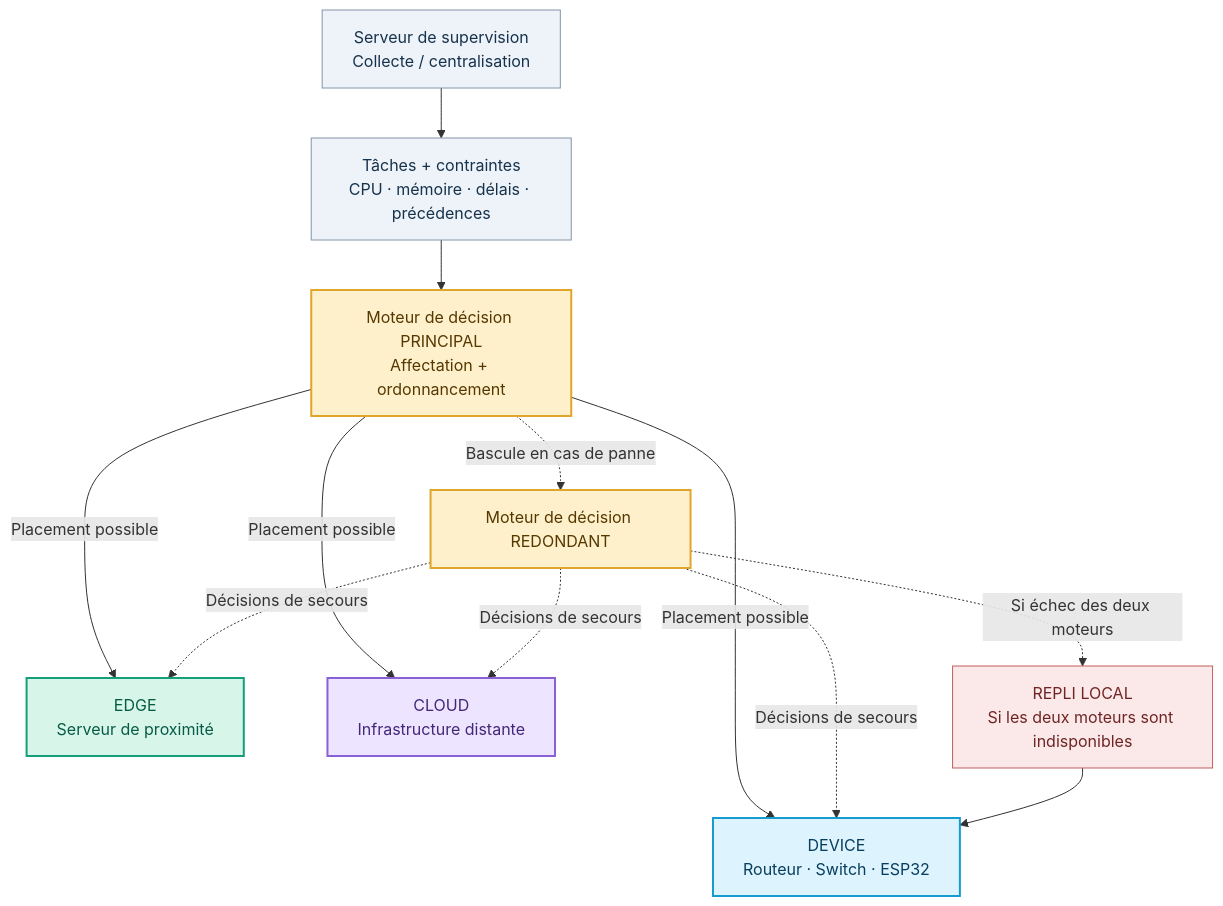
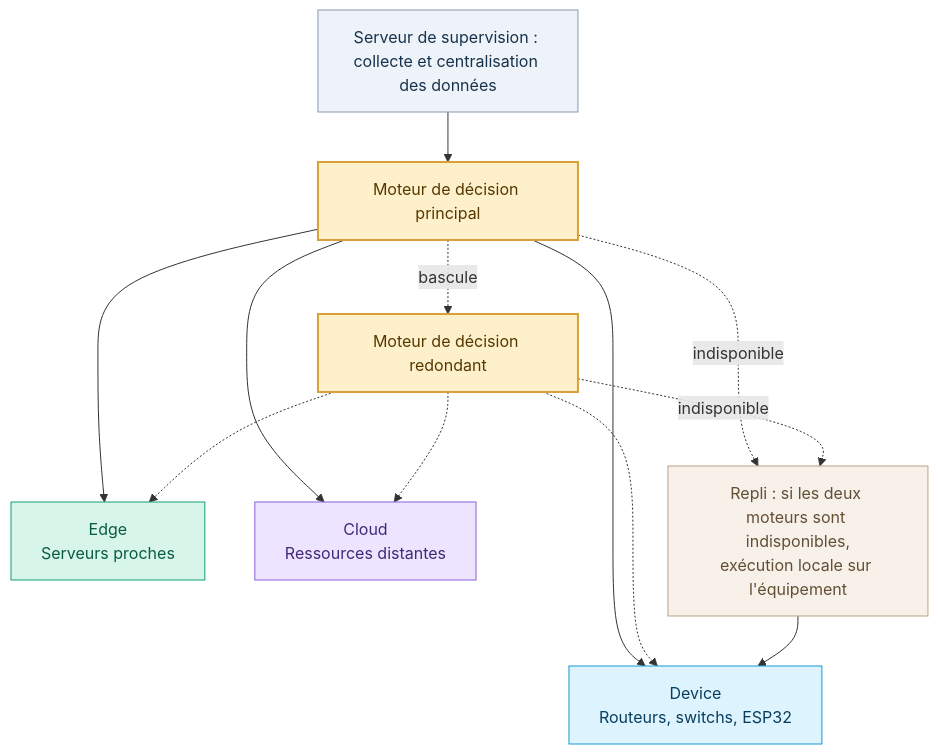
Before and after one commit to ilyes-rhdi/RO_IOT: the third of 15 diagrams in README.md, drawn with Mermaid. The commit also changed other lines of this file, not shown here.

````diff
--- a/README.md
+++ b/README.md
@@ -154,37 +164,30 @@
 ```mermaid
 flowchart TB
-    T["Tâches + contraintes<br/>CPU · mémoire · délais · précédences"]
-    SUP["Serveur de supervision<br/>Collecte / centralisation"]
-    M["Moteur de décision PRINCIPAL<br/>Affectation + ordonnancement"]
-    B["Moteur de décision REDONDANT"]
+    S["Serveur de supervision : collecte et centralisation des données"]
+    M["Moteur de décision principal"]
+    R["Moteur de décision redondant"]
+    D["Device<br/>Routeurs, switchs, ESP32"]
+    E["Edge<br/>Serveurs proches"]
+    C["Cloud<br/>Ressources distantes"]
+    X["Repli : si les deux moteurs sont indisponibles,<br/>exécution locale sur l'équipement"]
 
-    D["DEVICE<br/>Routeur · Switch · ESP32"]
-    E["EDGE<br/>Serveur de proximité"]
-    C["CLOUD<br/>Infrastructure distante"]
-    F["REPLI LOCAL<br/>Si les deux moteurs sont indisponibles"]
+    S --> M
+    M -. "bascule" .-> R
+    M --> D
+    M --> E
+    M --> C
+    R -.-> D
+    R -.-> E
+    R -.-> C
+    M -. "indisponible" .-> X
+    R -. "indisponible" .-> X
+    X --> D
 
-    SUP --> T
-    T --> M
-    M -. "Bascule en cas de panne" .-> B
-    M -->|"Placement possible"| D
-    M -->|"Placement possible"| E
-    M -->|"Placement possible"| C
-    B -. "Décisions de secours" .-> D
-    B -. "Décisions de secours" .-> E
-    B -. "Décisions de secours" .-> C
-    B -. "Si échec des deux moteurs" .-> F
-    F --> D
-
-    classDef io fill:#EDF3F8,stroke:#8495A8,color:#17324D;
-    classDef opt fill:#FFF0CC,stroke:#E0A52B,color:#553800,stroke-width:2px;
-    classDef device fill:#DDF4FF,stroke:#159BD0,color:#083E5D,stroke-width:2px;
-    classDef edge fill:#D8F5EA,stroke:#149E79,color:#075B45,stroke-width:2px;
-    classDef cloud fill:#EDE5FF,stroke:#8960D5,color:#432779,stroke-width:2px;
-    classDef fallback fill:#FBE8E8,stroke:#C15E5E,color:#6F2525;
-    class T,SUP io;
-    class M,B opt;
-    class D device;
-    class E edge;
-    class C cloud;
-    class F fallback;
+    classDef source fill:#EDF3F8,stroke:#8799AA,color:#17324D;
+    classDef engine fill:#FFF0CC,stroke:#D6A13A,color:#553800,stroke-width:2px;
+    classDef device fill:#DDF4FF,stroke:#159BD0,color:#083E5D;
+    classDef edge fill:#D8F5EA,stroke:#149E79,color:#075B45;
+    classDef cloud fill:#EDE5FF,stroke:#8960D5,color:#432779;
+    classDef fallback fill:#F7F1EA,stroke:#B8A28A,color:#634E34;
+    class S source; class M,R engine; class D device; class E edge; class C cloud; class X fallback;
 ```
````
